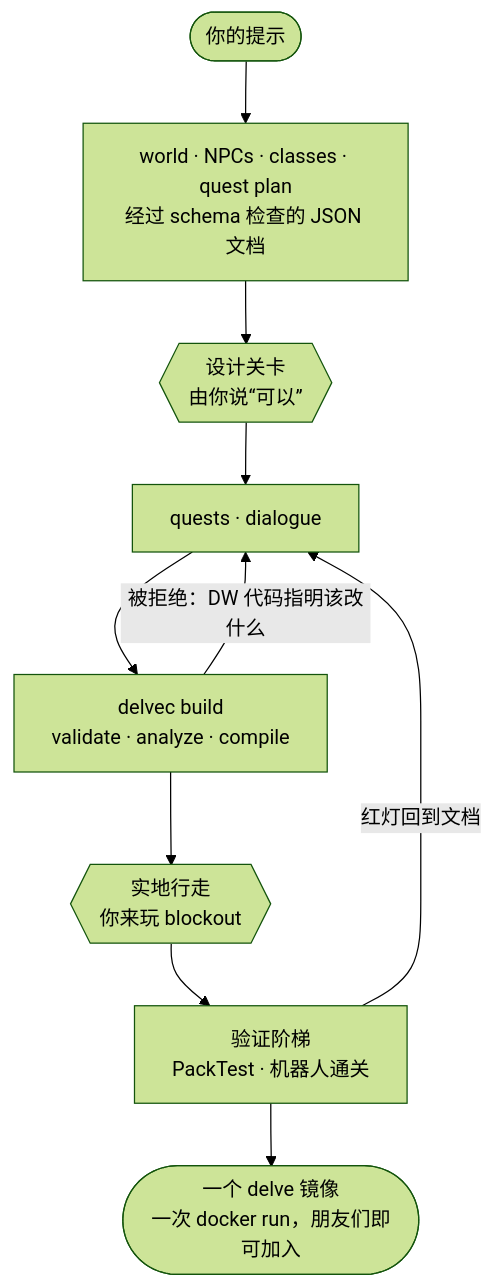
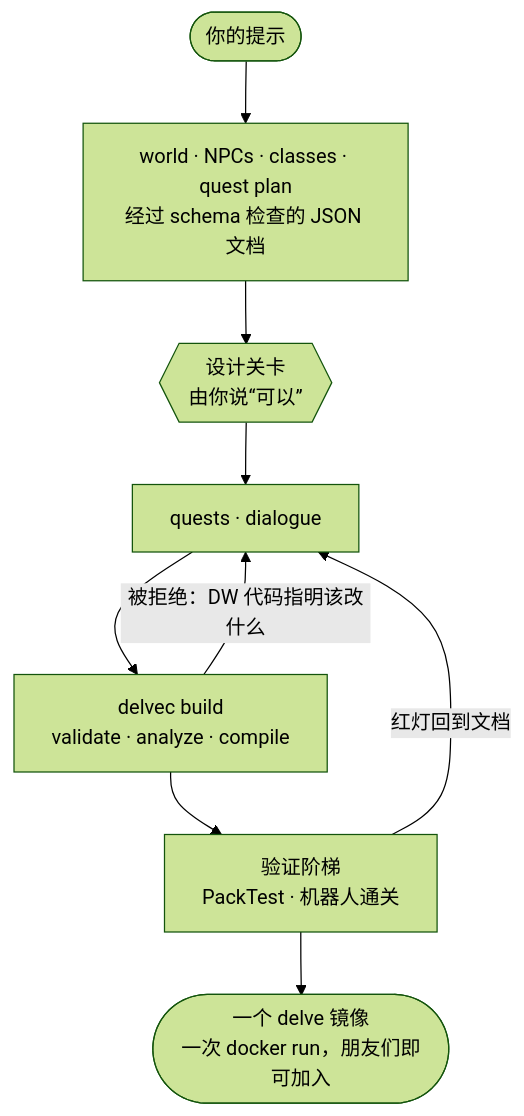
Before and after one commit to stellarfeline/delvewright: the diagram in README.zh-CN.md, drawn with Mermaid (forest theme). The commit also changed other lines of this file and 27 other files, not shown here.

````diff
--- a/README.zh-CN.md
+++ b/README.zh-CN.md
@@ -29,12 +29,11 @@
 ```mermaid
 flowchart TD
     P(["你的提示"]) --> S["world · NPCs · classes · quest plan<br/>经过 schema 检查的 JSON 文档"]
     S --> G{{"设计关卡<br/>由你说“可以”"}}
     G --> Q["quests · dialogue"]
     Q --> B["delvec build<br/>validate · analyze · compile"]
     B -->|"被拒绝：DW 代码指明该改什么"| Q
-    B --> W{{"实地行走<br/>你来玩 blockout"}}
-    W --> L["验证阶梯<br/>PackTest · 机器人通关"]
+    B --> L["验证阶梯<br/>PackTest · 机器人通关"]
     L -->|"红灯回到文档"| Q
     L --> I(["一个 delve 镜像<br/>一次 docker run，朋友们即可加入"])
 ```
````
